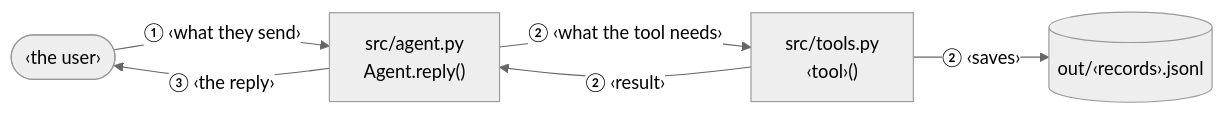
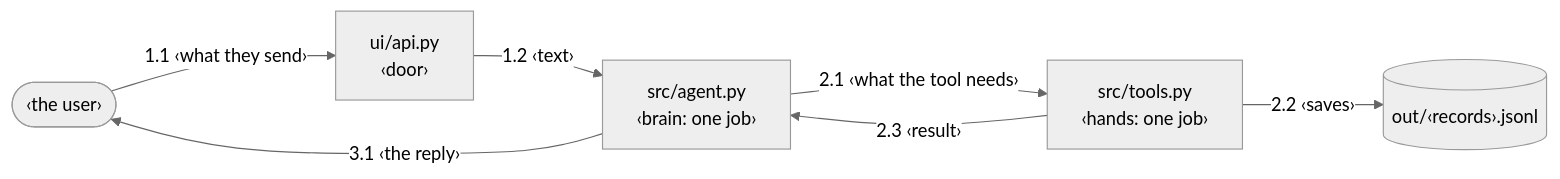
The diagram in .claude/skills/discovery/templates/plan.md (a1noh/kick-off), drawn with Mermaid (neutral theme) before and after one commit. The commit also changed other lines of this file and 10 other files, not shown here.

First line of the commit message:
kit: plan.md told as one flow - one diagram + S1 step by step, each function explained where it's used; Evals its own section

````diff
--- a/.claude/skills/discovery/templates/plan.md
+++ b/.claude/skills/discovery/templates/plan.md
@@ -147,13 +36,15 @@
 ```mermaid
 flowchart LR
   U(["‹the user›"])
-  AG["src/agent.py<br/>Agent.reply()"]
-  TO["src/tools.py<br/>‹tool›()"]
+  API["ui/api.py<br/>‹door›"]
+  AG["src/agent.py<br/>‹brain: one job›"]
+  TO["src/tools.py<br/>‹hands: one job›"]
   D[("out/‹records›.jsonl")]
 
-  U -- "① ‹what they send›" --> AG
-  AG -- "② ‹what the tool needs›" --> TO
-  TO -- "② ‹saves›" --> D
-  TO -- "② ‹result›" --> AG
-  AG -- "③ ‹the reply›" --> U
+  U -- "1.1 ‹what they send›" --> API
+  API -- "1.2 ‹text›" --> AG
+  AG -- "2.1 ‹what the tool needs›" --> TO
+  TO -- "2.2 ‹saves›" --> D
+  TO -- "2.3 ‹result›" --> AG
+  AG -- "3.1 ‹the reply›" --> U
 ```
````
